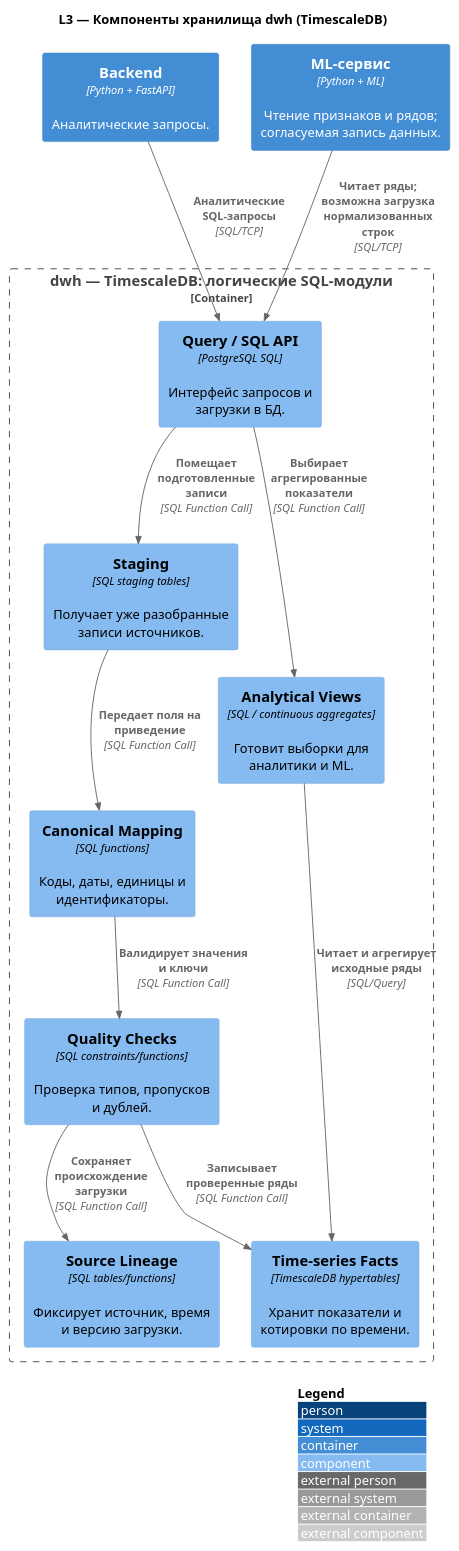
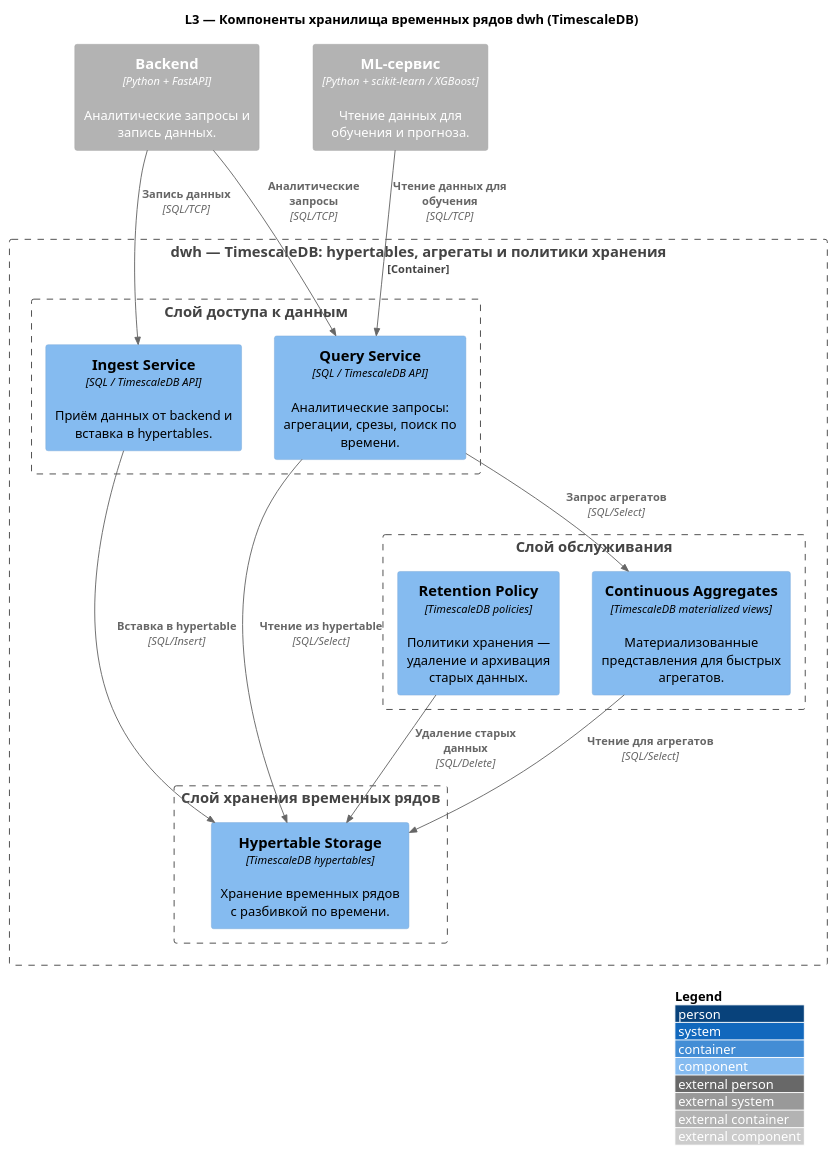
Before and after one commit to Jjots/finance-forecast-app: the diagram in src/l3-components/igor-dwh-components.puml, drawn with PlantUML. The commit also changed 11 other files, not shown here.

Commit message:
fix: correct Ext containers, includes and update glossary for L3

```diff
--- a/src/l3-components/igor-dwh-components.puml
+++ b/src/l3-components/igor-dwh-components.puml
@@ -1,30 +1,37 @@
 @startuml "Finance Forecast - Igor L3 TimescaleDB"
 !include https://raw.githubusercontent.com/plantuml-stdlib/C4-PlantUML/master/C4_Component.puml
 
 LAYOUT_WITH_LEGEND()
-title L3 — Компоненты хранилища dwh (TimescaleDB)
+title L3 — Компоненты хранилища временных рядов dwh (TimescaleDB)
 
-Container(backend, "Backend", "Python + FastAPI", "Аналитические запросы.")
-Container(ml_service, "ML-сервис", "Python + ML", "Чтение признаков и рядов; согласуемая запись данных.")
+Container_Ext(backend, "Backend", "Python + FastAPI", "Аналитические запросы и запись данных.")
+Container_Ext(ml_service, "ML-сервис", "Python + scikit-learn / XGBoost", "Чтение данных для обучения и прогноза.")
 
-' Внутренние ID ниже — предложение; необходимо согласовать по docs/glossary.md ДО PR.
-Container_Boundary(dwh, "dwh — TimescaleDB: логические SQL-модули") {
-    Component(dwh_access_comp, "Query / SQL API", "PostgreSQL SQL", "Интерфейс запросов и загрузки в БД.")
-    Component(dwh_stage_comp, "Staging", "SQL staging tables", "Получает уже разобранные записи источников.")
-    Component(dwh_mapping_comp, "Canonical Mapping", "SQL functions", "Коды, даты, единицы и идентификаторы.")
-    Component(dwh_quality_comp, "Quality Checks", "SQL constraints/functions", "Проверка типов, пропусков и дублей.")
-    Component(dwh_facts_comp, "Time-series Facts", "TimescaleDB hypertables", "Хранит показатели и котировки по времени.")
-    Component(dwh_marts_comp, "Analytical Views", "SQL / continuous aggregates", "Готовит выборки для аналитики и ML.")
-    Component(dwh_lineage_comp, "Source Lineage", "SQL tables/functions", "Фиксирует источник, время и версию загрузки.")
+Container_Boundary(dwh, "dwh — TimescaleDB: hypertables, агрегаты и политики хранения") {
+
+    Boundary(storage_layer, "Слой хранения временных рядов") {
+        Component(dwh_hypertable_comp, "Hypertable Storage", "TimescaleDB hypertables", "Хранение временных рядов с разбивкой по времени.")
+    }
+
+    Boundary(access_layer, "Слой доступа к данным") {
+        Component(dwh_ingest_comp, "Ingest Service", "SQL / TimescaleDB API", "Приём данных от backend и вставка в hypertables.")
+        Component(dwh_query_comp, "Query Service", "SQL / TimescaleDB API", "Аналитические запросы: агрегации, срезы, поиск по времени.")
+    }
+
+    Boundary(maintenance_layer, "Слой обслуживания") {
+        Component(dwh_retention_comp, "Retention Policy", "TimescaleDB policies", "Политики хранения — удаление и архивация старых данных.")
+        Component(dwh_continuous_agg_comp, "Continuous Aggregates", "TimescaleDB materialized views", "Материализованные представления для быстрых агрегатов.")
+    }
 }
 
-Rel(backend, dwh_access_comp, "Аналитические SQL-запросы", "SQL/TCP")
-Rel(ml_service, dwh_access_comp, "Читает ряды; возможна загрузка нормализованных строк", "SQL/TCP")
-Rel(dwh_access_comp, dwh_stage_comp, "Помещает подготовленные записи", "SQL Function Call")
-Rel(dwh_stage_comp, dwh_mapping_comp, "Передает поля на приведение", "SQL Function Call")
-Rel(dwh_mapping_comp, dwh_quality_comp, "Валидирует значения и ключи", "SQL Function Call")
-Rel(dwh_quality_comp, dwh_facts_comp, "Записывает проверенные ряды", "SQL Function Call")
-Rel(dwh_quality_comp, dwh_lineage_comp, "Сохраняет происхождение загрузки", "SQL Function Call")
-Rel(dwh_access_comp, dwh_marts_comp, "Выбирает агрегированные показатели", "SQL Function Call")
-Rel(dwh_marts_comp, dwh_facts_comp, "Читает и агрегирует исходные ряды", "SQL/Query")
+Rel(backend, dwh_ingest_comp, "Запись данных", "SQL/TCP")
+Rel(backend, dwh_query_comp, "Аналитические запросы", "SQL/TCP")
+Rel(ml_service, dwh_query_comp, "Чтение данных для обучения", "SQL/TCP")
+
+Rel(dwh_ingest_comp, dwh_hypertable_comp, "Вставка в hypertable", "SQL/Insert")
+Rel(dwh_query_comp, dwh_hypertable_comp, "Чтение из hypertable", "SQL/Select")
+Rel(dwh_query_comp, dwh_continuous_agg_comp, "Запрос агрегатов", "SQL/Select")
+Rel(dwh_continuous_agg_comp, dwh_hypertable_comp, "Чтение для агрегатов", "SQL/Select")
+Rel(dwh_retention_comp, dwh_hypertable_comp, "Удаление старых данных", "SQL/Delete")
+
 @enduml
```
